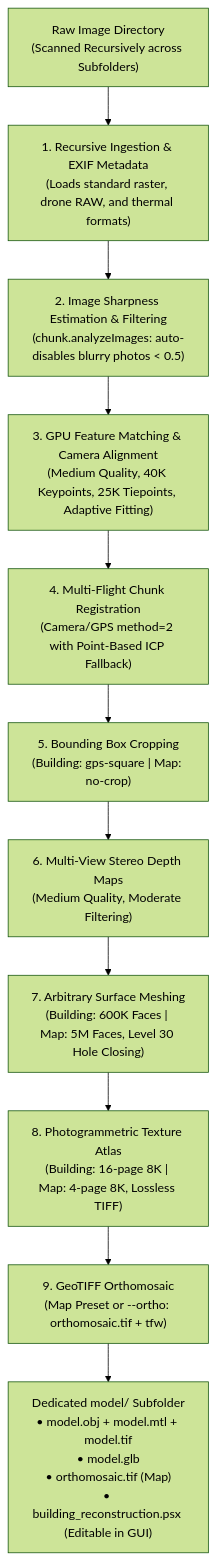
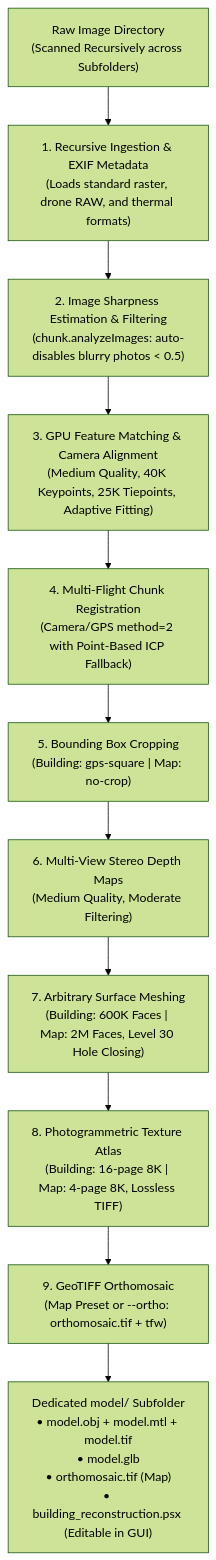
The diagram in skills/user/image-to-3d-model/SKILL.md (ngviettam82/AutoMetashape), drawn with Mermaid (forest theme) before and after one commit. The commit also changed other lines of this file and 5 other files, not shown here.

````diff
--- a/skills/user/image-to-3d-model/SKILL.md
+++ b/skills/user/image-to-3d-model/SKILL.md
@@ -36,13 +36,13 @@
 ```mermaid
 flowchart TD
     A["Raw Image Directory<br/>(Scanned Recursively across Subfolders)"] --> B["1. Recursive Ingestion & EXIF Metadata<br/>(Loads standard raster, drone RAW, and thermal formats)"]
     B --> C["2. Image Sharpness Estimation & Filtering<br/>(chunk.analyzeImages: auto-disables blurry photos < 0.5)"]
     C --> D["3. GPU Feature Matching & Camera Alignment<br/>(Medium Quality, 40K Keypoints, 25K Tiepoints, Adaptive Fitting)"]
     D --> E["4. Multi-Flight Chunk Registration<br/>(Camera/GPS method=2 with Point-Based ICP Fallback)"]
     E --> F["5. Bounding Box Cropping<br/>(Building: gps-square | Map: no-crop)"]
     F --> G["6. Multi-View Stereo Depth Maps<br/>(Medium Quality, Moderate Filtering)"]
-    G --> H["7. Arbitrary Surface Meshing<br/>(Building: 600K Faces | Map: 5M Faces, Level 30 Hole Closing)"]
+    G --> H["7. Arbitrary Surface Meshing<br/>(Building: 600K Faces | Map: 2M Faces, Level 30 Hole Closing)"]
     H --> I["8. Photogrammetric Texture Atlas<br/>(Building: 16-page 8K | Map: 4-page 8K, Lossless TIFF)"]
     I --> J["9. GeoTIFF Orthomosaic<br/>(Map Preset or --ortho: orthomosaic.tif + tfw)"]
     J --> K["Dedicated model/ Subfolder<br/>• model.obj + model.mtl + model.tif<br/>• model.glb<br/>• orthomosaic.tif (Map)<br/>• building_reconstruction.psx (Editable in GUI)"]
 ```
````
